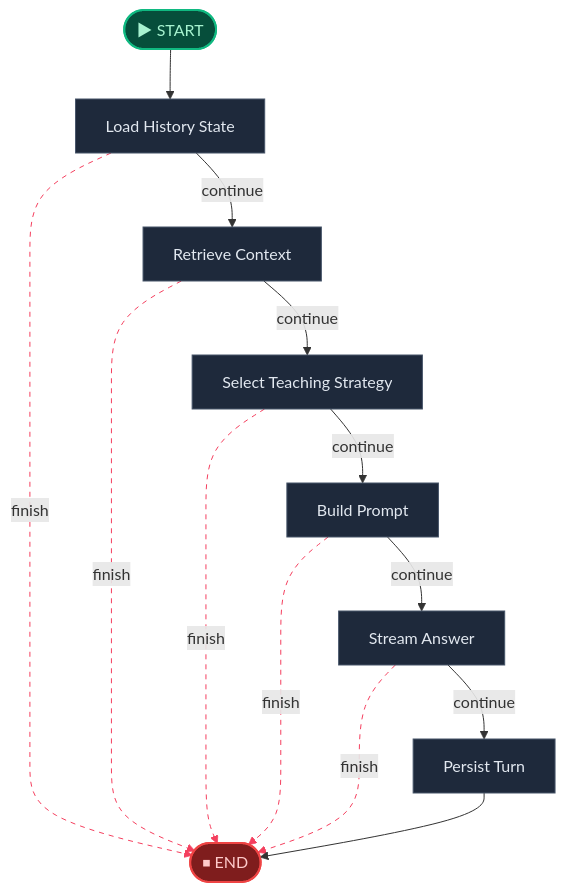
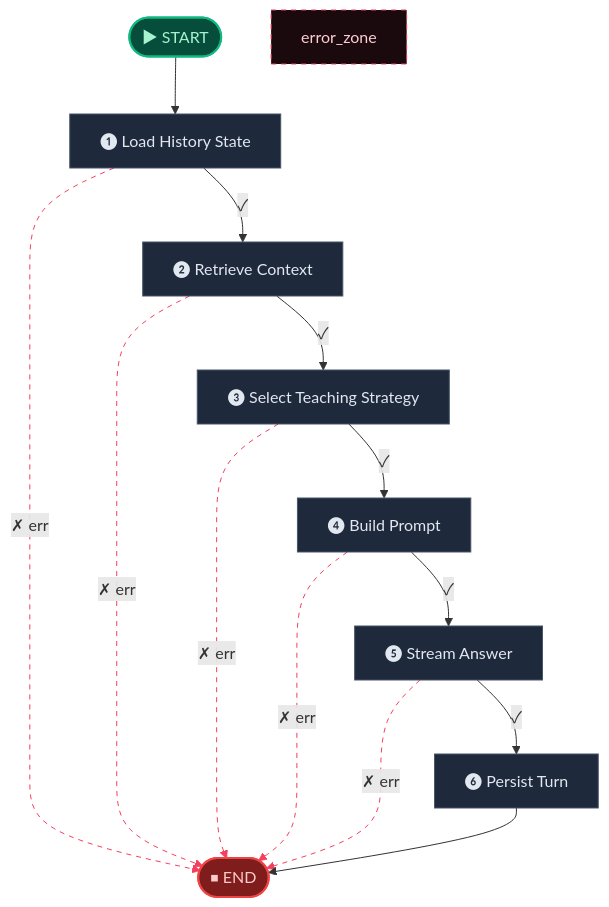
One commit to aiteachme/AITeachMe changed the diagram in backend/scripts/.generated_workflow_diagrams/interact.md. Above: the diagram before and after it, drawn with Mermaid. The commit also changed other lines of this file and 6 other files, not shown here.

````diff
--- a/backend/scripts/.generated_workflow_diagrams/interact.md
+++ b/backend/scripts/.generated_workflow_diagrams/interact.md
@@ -9,33 +11,35 @@
 ```mermaid
 flowchart TD
     __start__(["▶ START"])
-    load_history_state["Load History State"]
-    retrieve_context["Retrieve Context"]
-    select_teaching_strategy["Select Teaching Strategy"]
-    build_prompt["Build Prompt"]
-    stream_answer["Stream Answer"]
-    persist_turn["Persist Turn"]
+    load_history_state["❶ Load History State"]
+    retrieve_context["❷ Retrieve Context"]
+    select_teaching_strategy["❸ Select Teaching Strategy"]
+    build_prompt["❹ Build Prompt"]
+    stream_answer["❺ Stream Answer"]
+    persist_turn["❻ Persist Turn"]
     __end__(["⏹ END"])
 
     __start__ --> load_history_state
-    build_prompt -->|"finish"| __end__
-    build_prompt -->|"continue"| stream_answer
-    load_history_state -->|"finish"| __end__
-    load_history_state -->|"continue"| retrieve_context
-    retrieve_context -->|"finish"| __end__
-    retrieve_context -->|"continue"| select_teaching_strategy
-    select_teaching_strategy -->|"finish"| __end__
-    select_teaching_strategy -->|"continue"| build_prompt
-    stream_answer -->|"finish"| __end__
-    stream_answer -->|"continue"| persist_turn
+    build_prompt -. "✗ err" .-> __end__
+    build_prompt -->|"✓"| stream_answer
+    load_history_state -. "✗ err" .-> __end__
+    load_history_state -->|"✓"| retrieve_context
+    retrieve_context -. "✗ err" .-> __end__
+    retrieve_context -->|"✓"| select_teaching_strategy
+    select_teaching_strategy -. "✗ err" .-> __end__
+    select_teaching_strategy -->|"✓"| build_prompt
+    stream_answer -. "✗ err" .-> __end__
+    stream_answer -->|"✓"| persist_turn
     persist_turn --> __end__
 
     %% ── Styling ──
     classDef startCls fill:#064e3b,stroke:#10b981,stroke-width:2px,color:#a7f3d0
     classDef endCls fill:#7f1d1d,stroke:#ef4444,stroke-width:2px,color:#fecaca
     classDef failCls fill:#4c0519,stroke:#f43f5e,stroke-width:2px,color:#fecdd3
+    classDef termCls fill:#1e3a5f,stroke:#3b82f6,stroke-width:2px,color:#93c5fd
     classDef default fill:#1e293b,stroke:#475569,stroke-width:1px,color:#e2e8f0
+    style error_zone fill:#1a0a0e,stroke:#f43f5e,stroke-width:1px,color:#fecdd3,stroke-dasharray:5
     class __start__ startCls
     class __end__ endCls
     linkStyle 1,3,5,7,9 stroke:#f43f5e,stroke-dasharray:5
 ```
````
